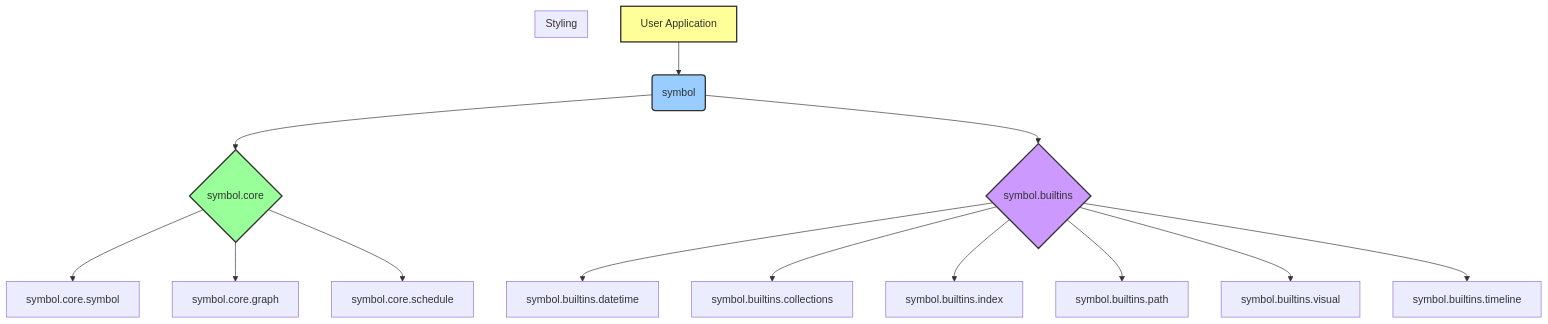
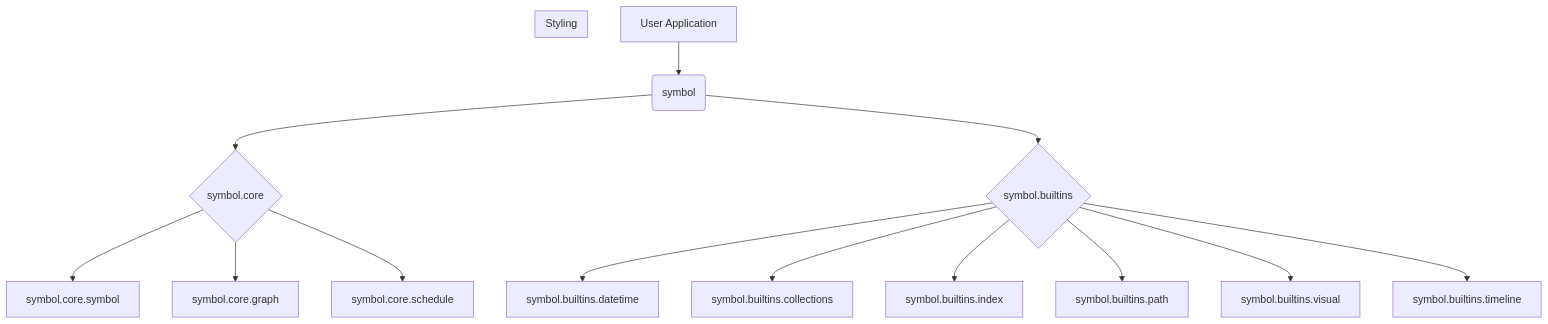
One commit to ikko/sym changed the first of 2 diagrams in README.md. Above: the diagram before and after it, drawn with Mermaid. The commit also changed other lines of this file and 54 other files, not shown here.

````diff
--- a/README.md
+++ b/README.md
@@ -72,22 +79,18 @@
 ```mermaid
 graph TD
     A[User Application] --> B(symbol)
     B --> C{symbol.core}
     B --> D{symbol.builtins}
     C --> E[symbol.core.symbol]
     C --> F[symbol.core.graph]
     C --> G[symbol.core.schedule]
     D --> H[symbol.builtins.datetime]
     D --> I[symbol.builtins.collections]
     D --> J[symbol.builtins.index]
     D --> K[symbol.builtins.path]
     D --> L[symbol.builtins.visual]
     D --> M[symbol.builtins.timeline]
     
     subgraph "Styling"
-        style A fill:#ff9,stroke:#333,stroke-width:2px
-        style B fill:#9cf,stroke:#333,stroke-width:2px
-        style C fill:#9f9,stroke:#333,stroke-width:2px
-        style D fill:#c9f,stroke:#333,stroke-width:2px
     end
 ```
````
